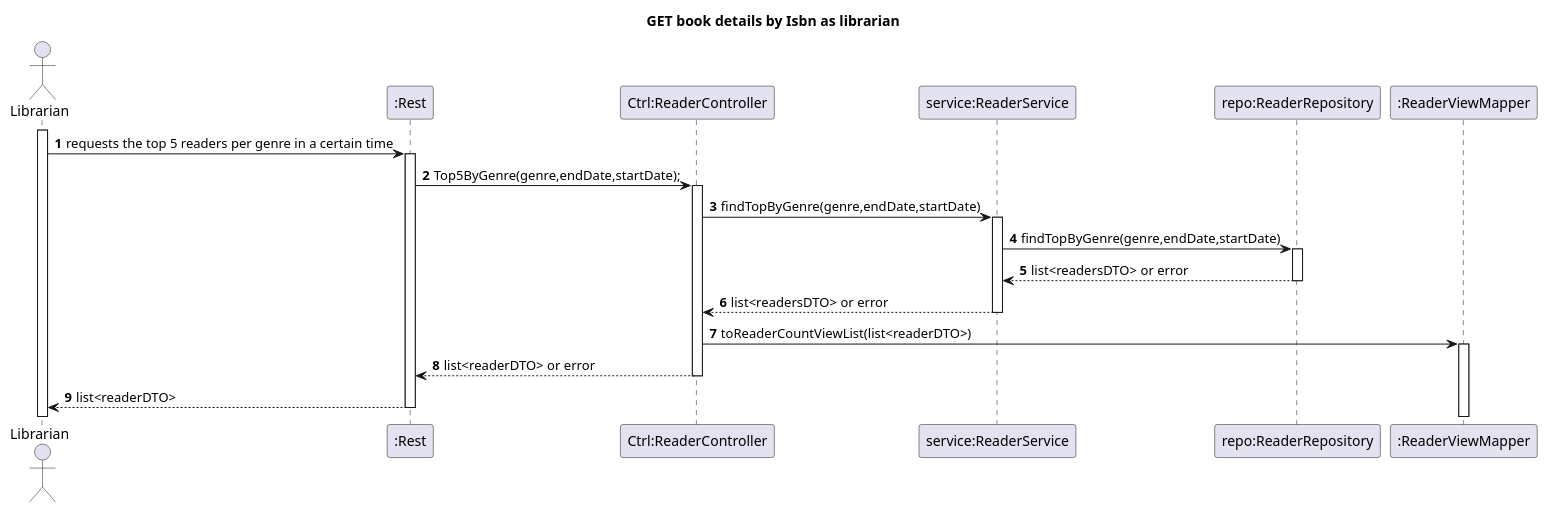
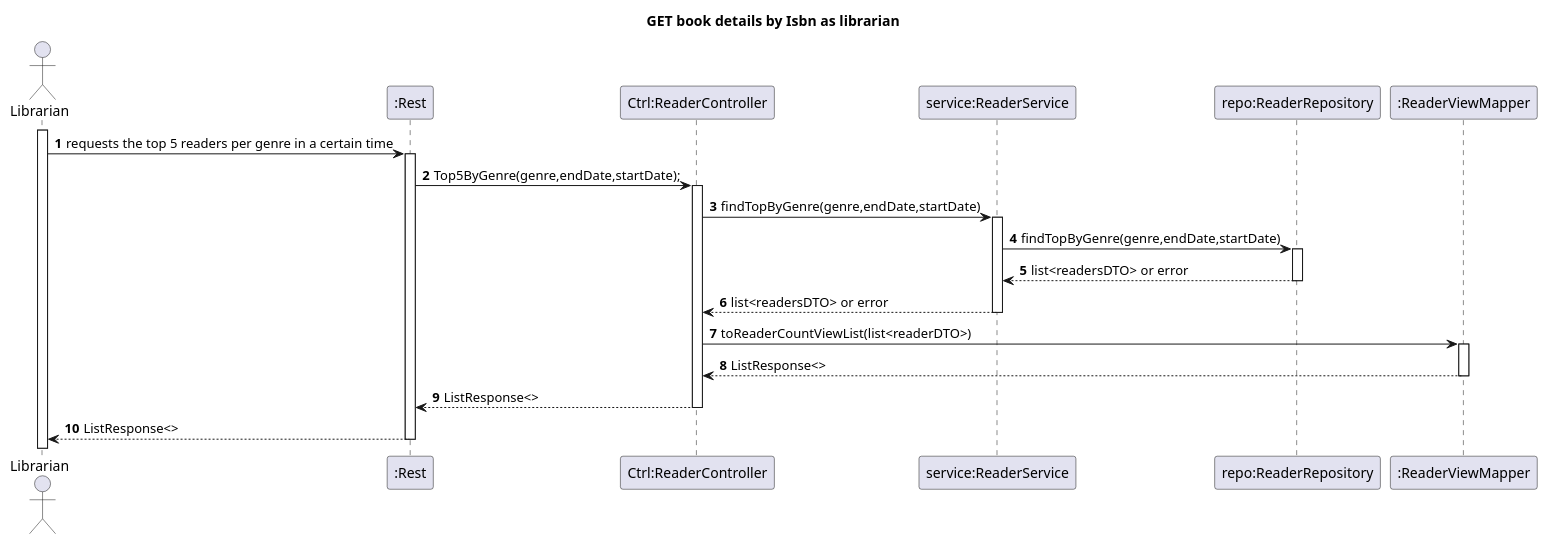
The diagram in Docs/Phase2/WP5-Reporting/Ph2-17-Top5ReaderPerGenreCertainTime/Ph2-17-Top5ReaderPerGenreCertainTime.puml (rutemf/1220944_1220772_G01), drawn with PlantUML before and after one commit. The commit also changed 5 other files, not shown here.

```diff
--- a/Docs/Phase2/WP5-Reporting/Ph2-17-Top5ReaderPerGenreCertainTime/Ph2-17-Top5ReaderPerGenreCertainTime.puml
+++ b/Docs/Phase2/WP5-Reporting/Ph2-17-Top5ReaderPerGenreCertainTime/Ph2-17-Top5ReaderPerGenreCertainTime.puml
@@ -1,28 +1,29 @@
 @startuml
 'https://plantuml.com/sequence-diagram
 autoactivate on
 autonumber
 
 title GET book details by Isbn as librarian
 
 actor "Librarian" as User
 participant ":Rest" as Rest
 participant "Ctrl:ReaderController" as Ctrl
 participant "service:ReaderService" as Service
 participant "repo:ReaderRepository" as Repo
 participant ":ReaderViewMapper" as Mapper
 activate User
 
 User -> Rest: requests the top 5 readers per genre in a certain time
 
 Rest -> Ctrl: Top5ByGenre(genre,endDate,startDate);
 
 Ctrl -> Service: findTopByGenre(genre,endDate,startDate)
 Service -> Repo: findTopByGenre(genre,endDate,startDate)
 Repo --> Service: list<readersDTO> or error
 Service --> Ctrl: list<readersDTO> or error
 Ctrl -> Mapper: toReaderCountViewList(list<readerDTO>)
-Ctrl --> Rest: list<readerDTO> or error
-Rest --> User: list<readerDTO>
+Mapper --> Ctrl: ListResponse<>
+Ctrl --> Rest: ListResponse<>
+Rest --> User: ListResponse<>
 
 @enduml
```
